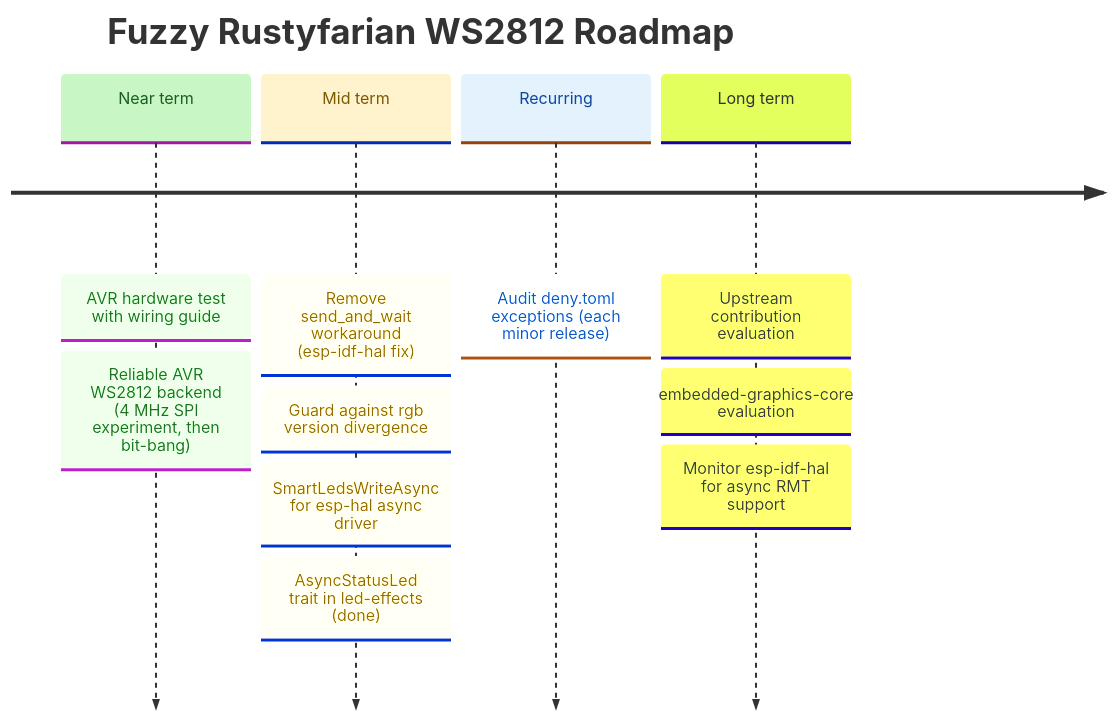
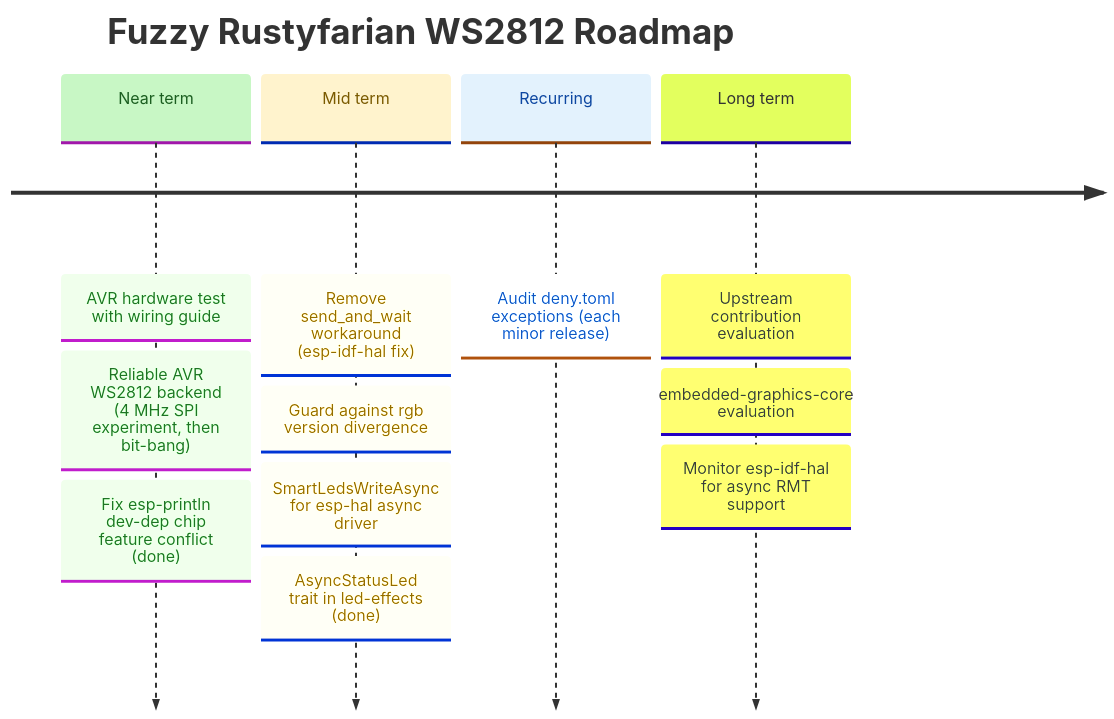
Before and after one commit to datenkollektiv/rustyfarian-ws2812: the diagram in docs/ROADMAP.md, drawn with Mermaid. The commit also changed other lines of this file and 15 other files, not shown here.

Commit message:
Fix esp-println dependency conflict and update blocking examples for compatibility

````diff
--- a/docs/ROADMAP.md
+++ b/docs/ROADMAP.md
@@ -10,30 +10,31 @@
 ```mermaid
 %%{init: {
   "theme": "base",
   "themeVariables": {
     "cScale0": "#c8f7c5",
     "cScaleLabel0": "#1b5e20",
     "cScale1": "#fff3cd",
     "cScaleLabel1": "#7a5a00",
     "cScale2": "#e3f2fd",
     "cScaleLabel2": "#0d47a1"
   }
 }}%%
 
 timeline
     title Fuzzy Rustyfarian WS2812 Roadmap
 
     Near term : AVR hardware test with wiring guide
               : Reliable AVR WS2812 backend (4 MHz SPI experiment, then bit-bang)
+              : Fix esp-println dev-dep chip feature conflict (done)
 
     Mid term  : Remove send_and_wait workaround (esp-idf-hal fix)
               : Guard against rgb version divergence
               : SmartLedsWriteAsync for esp-hal async driver
               : AsyncStatusLed trait in led-effects (done)
 
     Recurring : Audit deny.toml exceptions (each minor release)
 
     Long term : Upstream contribution evaluation
               : embedded-graphics-core evaluation
               : Monitor esp-idf-hal for async RMT support
 ```
````
